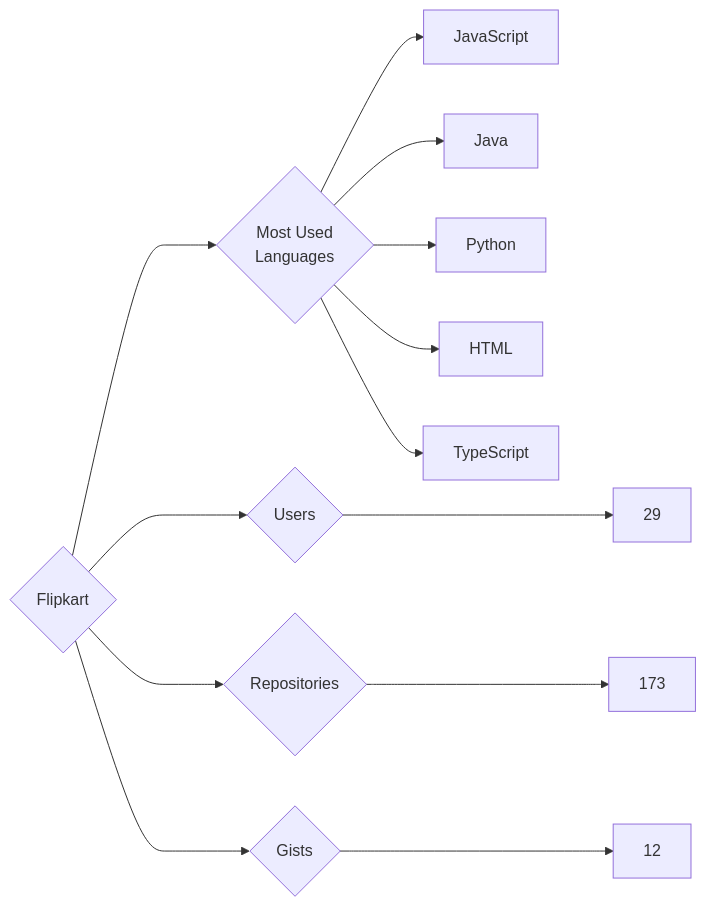
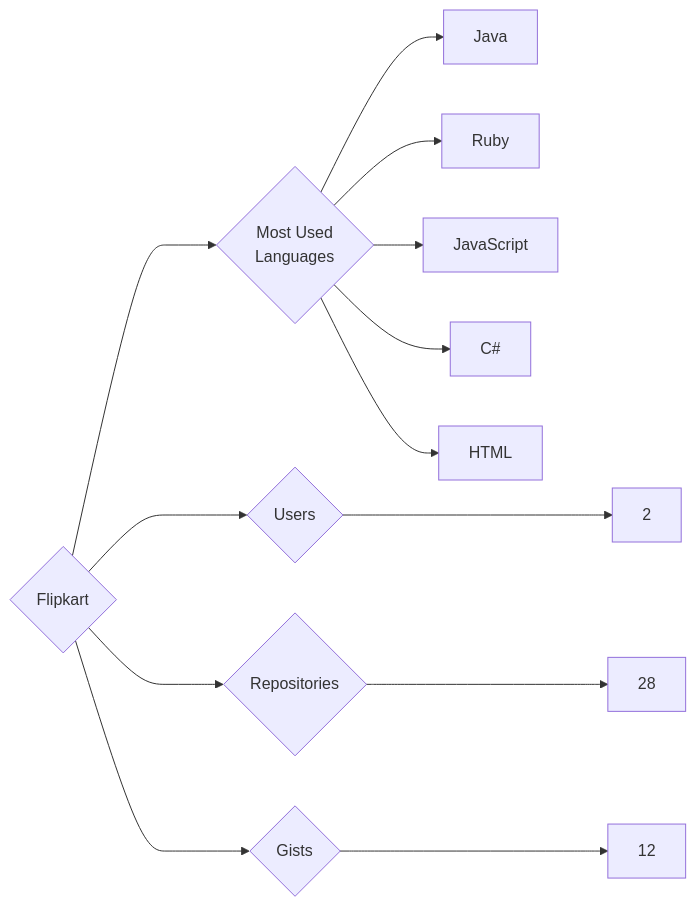
Before and after one commit to trickest/insiders: the diagram in targets/Flipkart/README.md, drawn with Mermaid. The commit also changed 657 other files, not shown here.

````diff
--- a/targets/Flipkart/README.md
+++ b/targets/Flipkart/README.md
@@ -3,13 +3,13 @@
 ```mermaid
 graph LR
 COMPANY_NAME{Flipkart}
-COMPANY_NAME ---> U{Users} ---> UN[29]
-COMPANY_NAME ---> R{Repositories} ---> RN[173]
+COMPANY_NAME ---> U{Users} ---> UN[2]
+COMPANY_NAME ---> R{Repositories} ---> RN[28]
 COMPANY_NAME ---> G{Gists} ---> GN[12]
 COMPANY_NAME ---> ML{Most Used<br>Languages}
+ML --> Java[Java]
+ML --> Ruby[Ruby]
 ML --> JavaScript[JavaScript]
-ML --> Java[Java]
-ML --> Python[Python]
+ML --> C#[C#]
 ML --> HTML[HTML]
-ML --> TypeScript[TypeScript]
 ```
````
